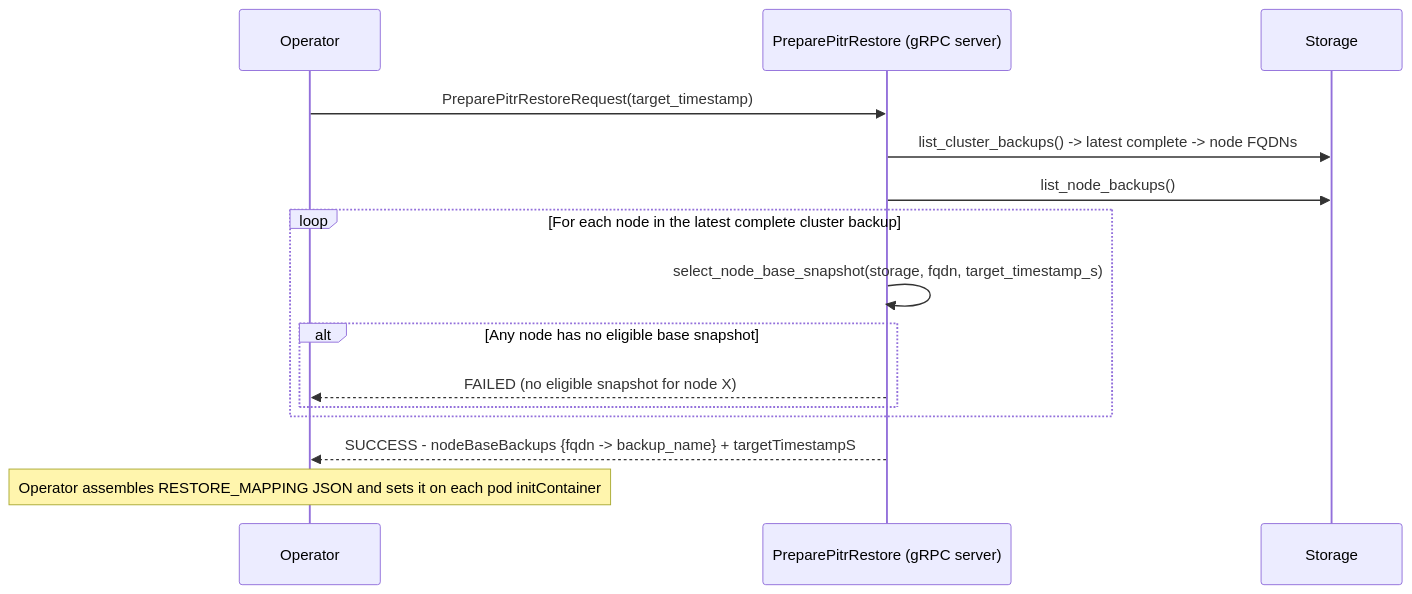
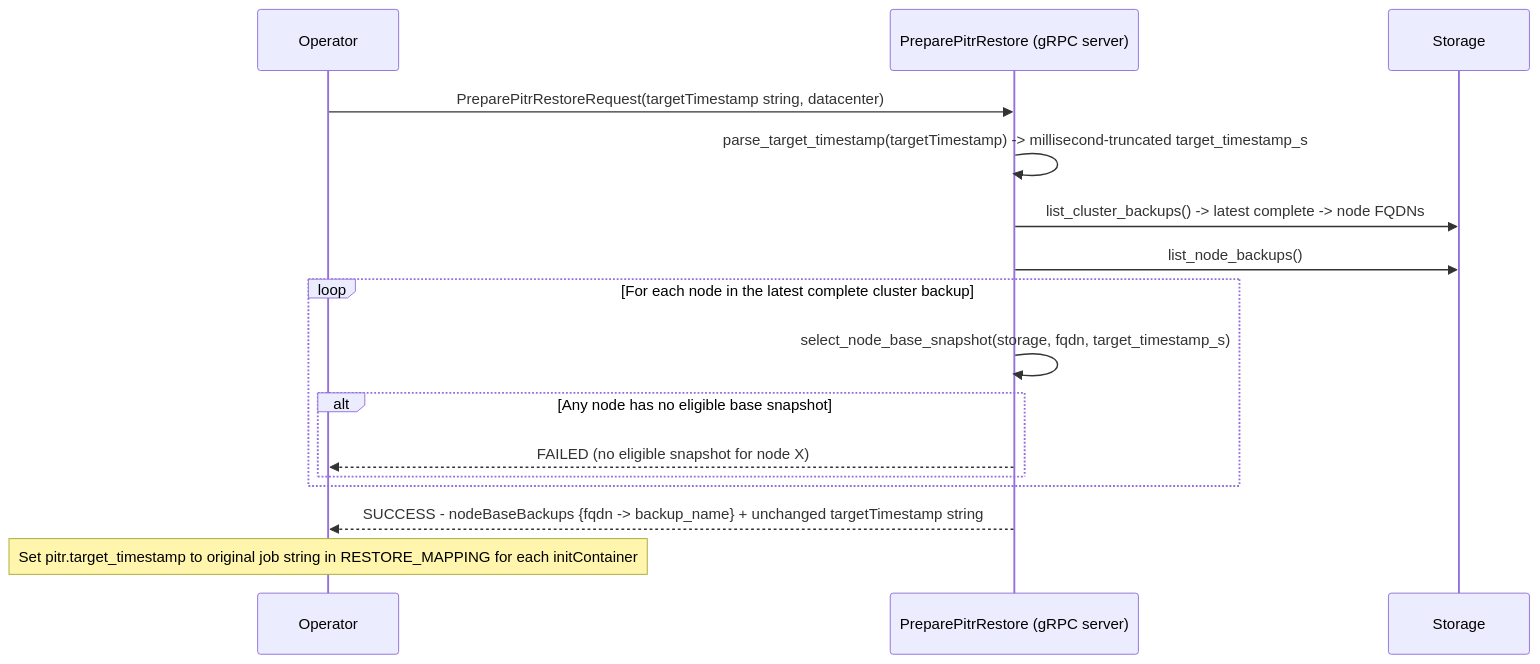
The second of 2 diagrams in docs/superpowers/specs/pitr-design-doc.md (thelastpickle/cassandra-medusa), drawn with Mermaid before and after one commit. The commit also changed other lines of this file and 14 other files, not shown here.

Commit message:
implement PITR-10 restore entrypoint (#1069)

````diff
--- a/docs/superpowers/specs/pitr-design-doc.md
+++ b/docs/superpowers/specs/pitr-design-doc.md
@@ -330,18 +333,19 @@
 ```mermaid
 sequenceDiagram
     participant Operator
     participant RPC as PreparePitrRestore (gRPC server)
     participant Storage
     
-    Operator->>RPC: PreparePitrRestoreRequest(target_timestamp)
+    Operator->>RPC: PreparePitrRestoreRequest(targetTimestamp string, datacenter)
+    RPC->>RPC: parse_target_timestamp(targetTimestamp) -> millisecond-truncated target_timestamp_s
     RPC->>Storage: list_cluster_backups() -> latest complete -> node FQDNs
     RPC->>Storage: list_node_backups()
     loop For each node in the latest complete cluster backup
         RPC->>RPC: select_node_base_snapshot(storage, fqdn, target_timestamp_s)
         alt Any node has no eligible base snapshot
             RPC-->>Operator: FAILED (no eligible snapshot for node X)
         end
     end
-    RPC-->>Operator: SUCCESS - nodeBaseBackups {fqdn -> backup_name} + targetTimestampS
-    Note over Operator: Operator assembles RESTORE_MAPPING JSON and sets it on each pod initContainer
+    RPC-->>Operator: SUCCESS - nodeBaseBackups {fqdn -> backup_name} + unchanged targetTimestamp string
+    Note over Operator: Set pitr.target_timestamp to original job string in RESTORE_MAPPING for each initContainer
 ```
````
